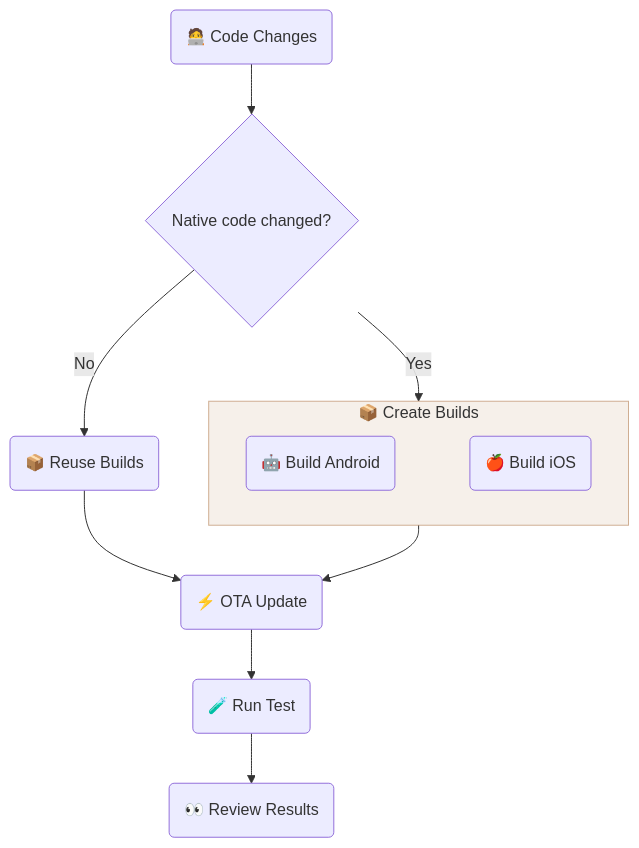
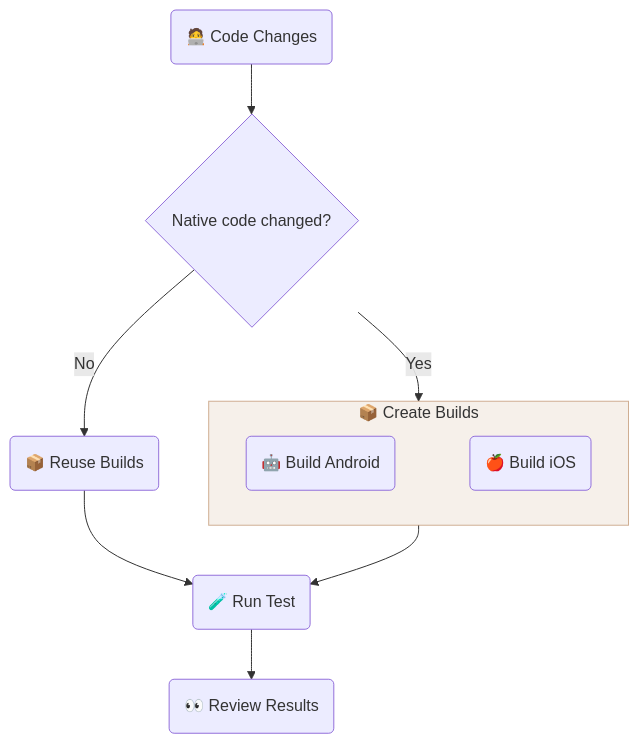
One commit to sherlo-io/sherlo changed the diagram in examples/eas-update/README.md. Above: the diagram before and after it, drawn with Mermaid. The commit also changed other lines of this file and 9 other files, not shown here.

````diff
--- a/examples/eas-update/README.md
+++ b/examples/eas-update/README.md
@@ -14,22 +14,20 @@
 ```mermaid
 flowchart TB
    UI(🧑‍💻 Code Changes)
    Check{Native code changed?}
    Reuse(📦 Reuse Builds)
    subgraph Build[📦 Create Builds]
       Android(🤖 Build Android)
       iOS(🍎 Build iOS)
       Android ~~~ iOS
       style Build fill:#b8885f21,stroke:#b8885fa6
    end
-   Update(⚡ OTA Update)
    Test(🧪 Run Test)
    Review(👀 Review Results)
 
    UI --> Check
    Check -->|No| Reuse
    Check -->|Yes| Build
-   Reuse & Build --> Update
-   Update --> Test
+   Reuse & Build --> Test
    Test --> Review
 ```
````
